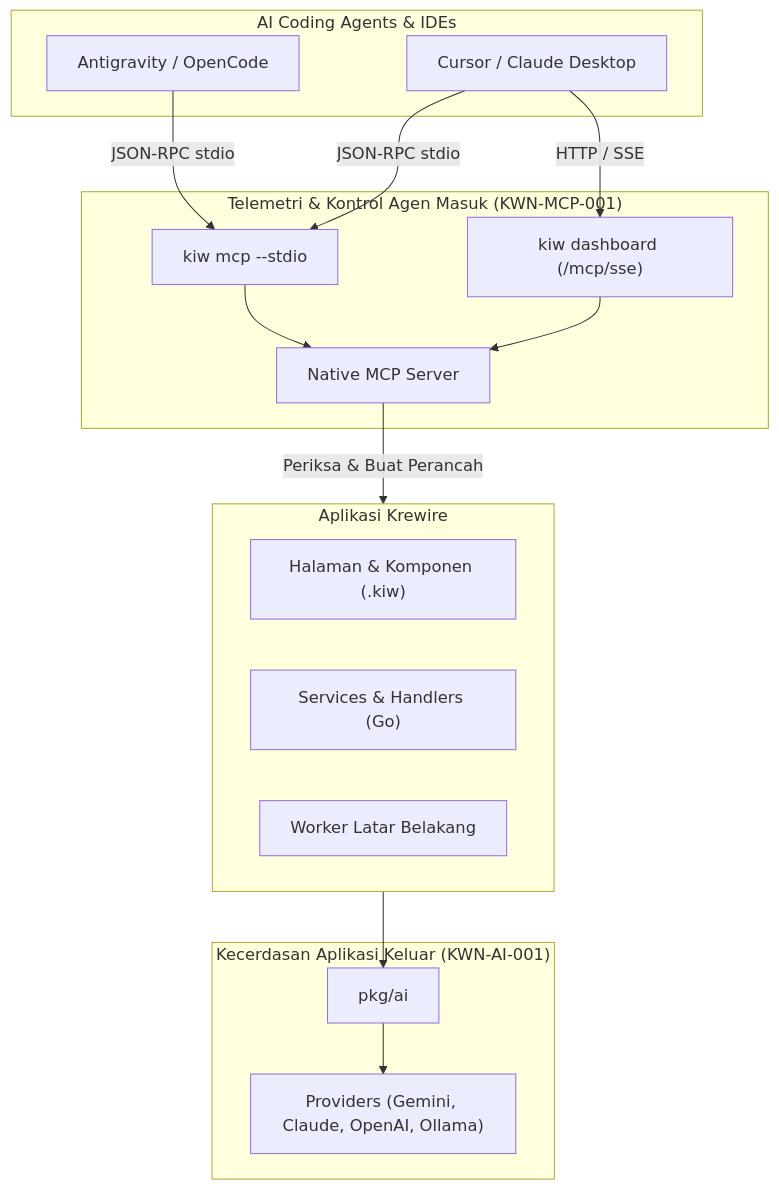
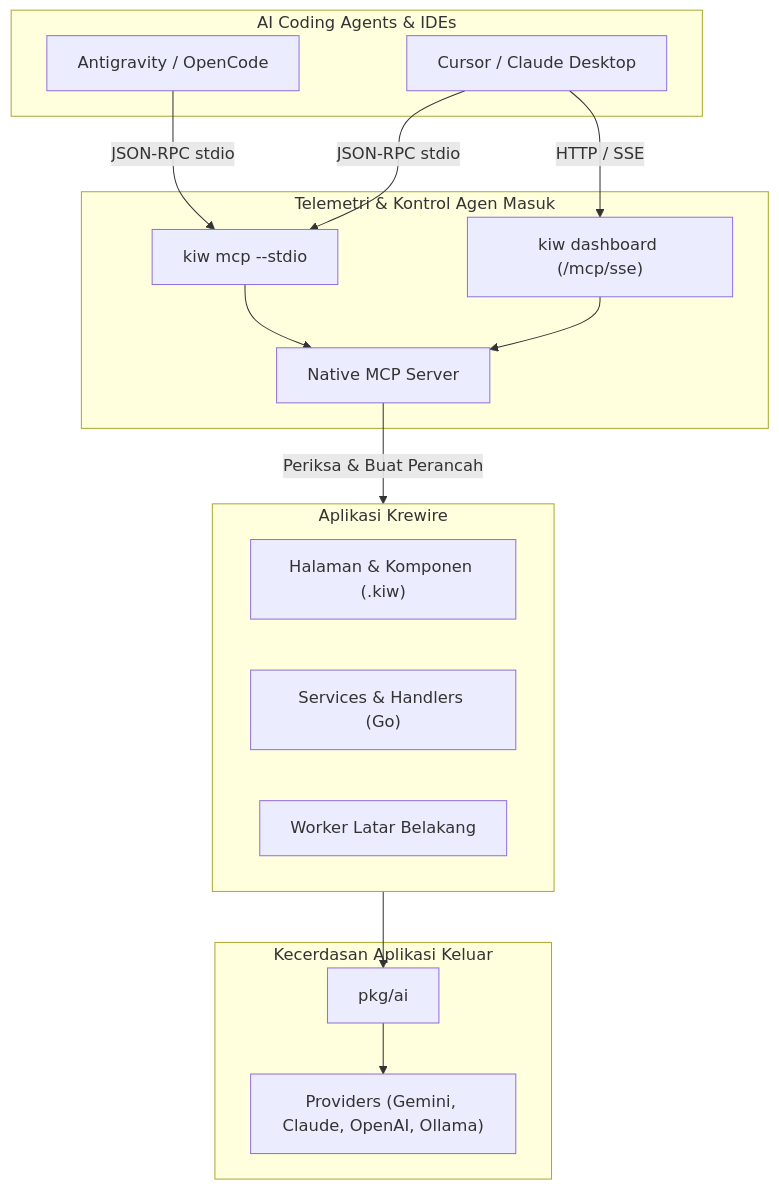
The diagram in content/id/docs/09-guides/04-agentic-development.md (krewire/krewire.com), drawn with Mermaid before and after one commit. The commit also changed other lines of this file and 18 other files, not shown here.

````diff
--- a/content/id/docs/09-guides/04-agentic-development.md
+++ b/content/id/docs/09-guides/04-agentic-development.md
@@ -17,34 +17,34 @@
 ```mermaid
 flowchart TD
     subgraph Agents ["AI Coding Agents & IDEs"]
         AGY["Antigravity / OpenCode"]
         CUR["Cursor / Claude Desktop"]
     end
 
-    subgraph Inbound ["Telemetri & Kontrol Agen Masuk (KWN-MCP-001)"]
+    subgraph Inbound ["Telemetri & Kontrol Agen Masuk"]
         STDIO["kiw mcp --stdio"]
         SSE["kiw dashboard (/mcp/sse)"]
         SRV["Native MCP Server"]
     end
 
-    subgraph Outbound ["Kecerdasan Aplikasi Keluar (KWN-AI-001)"]
+    subgraph Outbound ["Kecerdasan Aplikasi Keluar"]
         AISDK["pkg/ai"]
         PROV["Providers (Gemini, Claude, OpenAI, Ollama)"]
     end
 
     subgraph Project ["Aplikasi Krewire"]
         PAGES["Halaman & Komponen (.kiw)"]
         SERVICES["Services & Handlers (Go)"]
         WORKERS["Worker Latar Belakang"]
     end
 
     AGY -->|JSON-RPC stdio| STDIO
     CUR -->|JSON-RPC stdio| STDIO
     CUR -->|HTTP / SSE| SSE
     STDIO --> SRV
     SSE --> SRV
     SRV -->|Periksa & Buat Perancah| Project
 
     Project --> AISDK
     AISDK --> PROV
 ```
````
